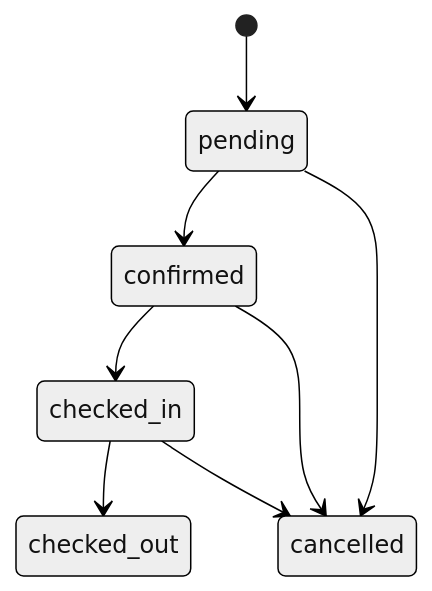
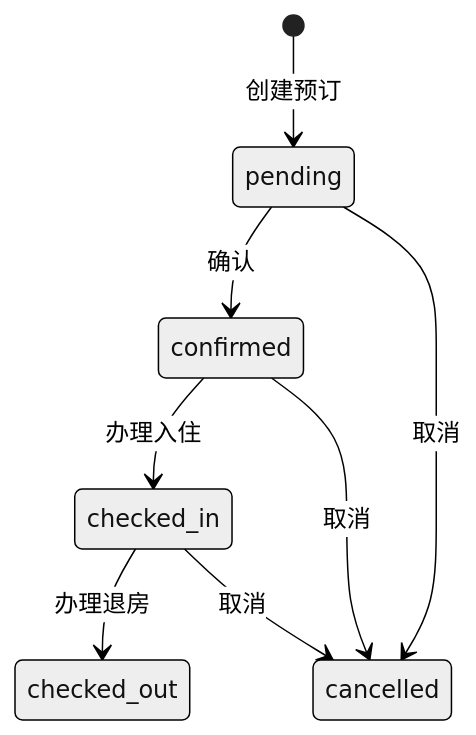
Before and after one commit to choisaaaaa/IoT_Smart_Hotel_System: the ninth of 12 diagrams in docs/database_er_diagram.md, drawn with Mermaid (neutral theme). The commit also changed other lines of this file, not shown here.

Commit message:
docs(database): 更新数据库ER图中关系描述为中文

````diff
--- a/docs/database_er_diagram.md
+++ b/docs/database_er_diagram.md
@@ -525,10 +423,10 @@
 ```mermaid
 stateDiagram-v2
-    [*] --> pending
-    pending --> confirmed
-    pending --> cancelled
-    confirmed --> checked_in
-    confirmed --> cancelled
-    checked_in --> checked_out
-    checked_in --> cancelled
+    [*] --> pending: 创建预订
+    pending --> confirmed: 确认
+    pending --> cancelled: 取消
+    confirmed --> checked_in: 办理入住
+    confirmed --> cancelled: 取消
+    checked_in --> checked_out: 办理退房
+    checked_in --> cancelled: 取消
 ```
````
